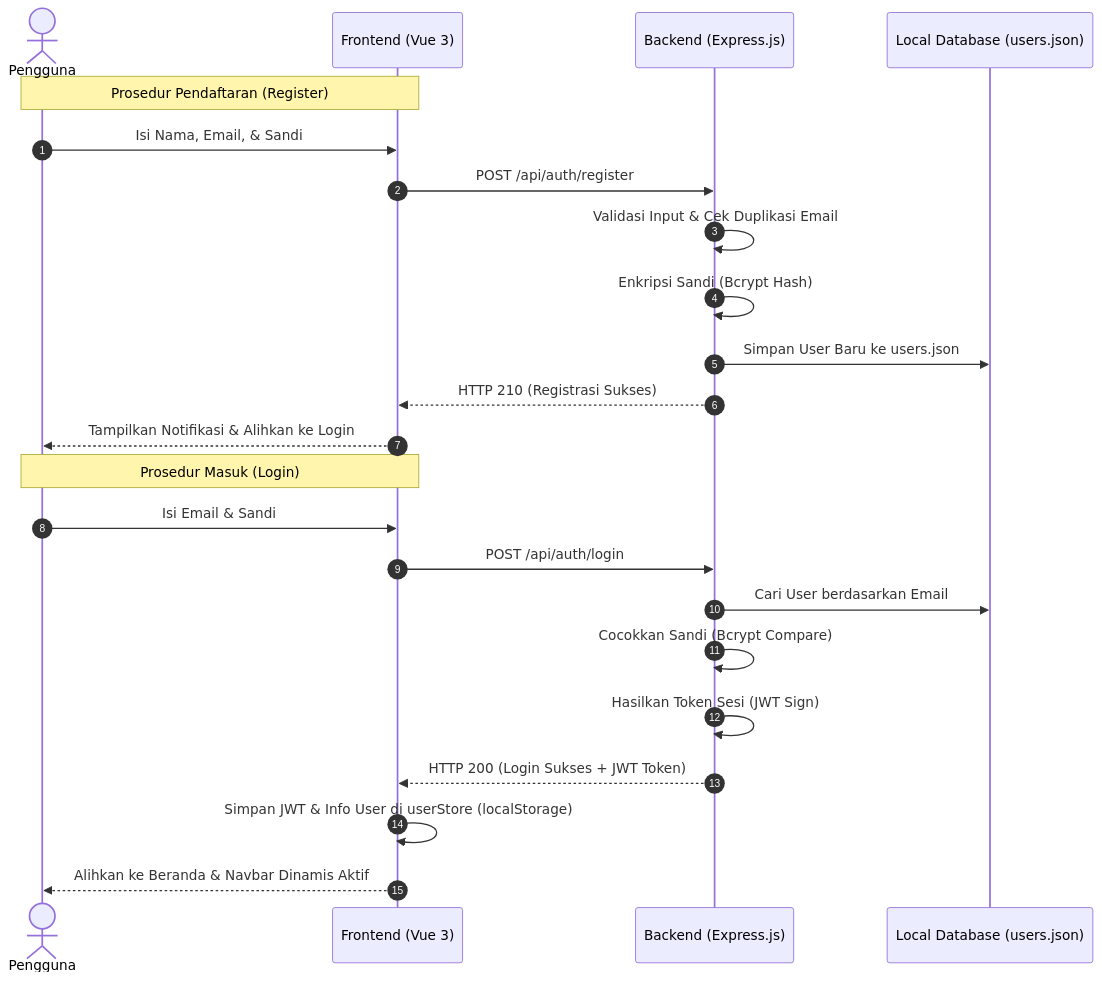
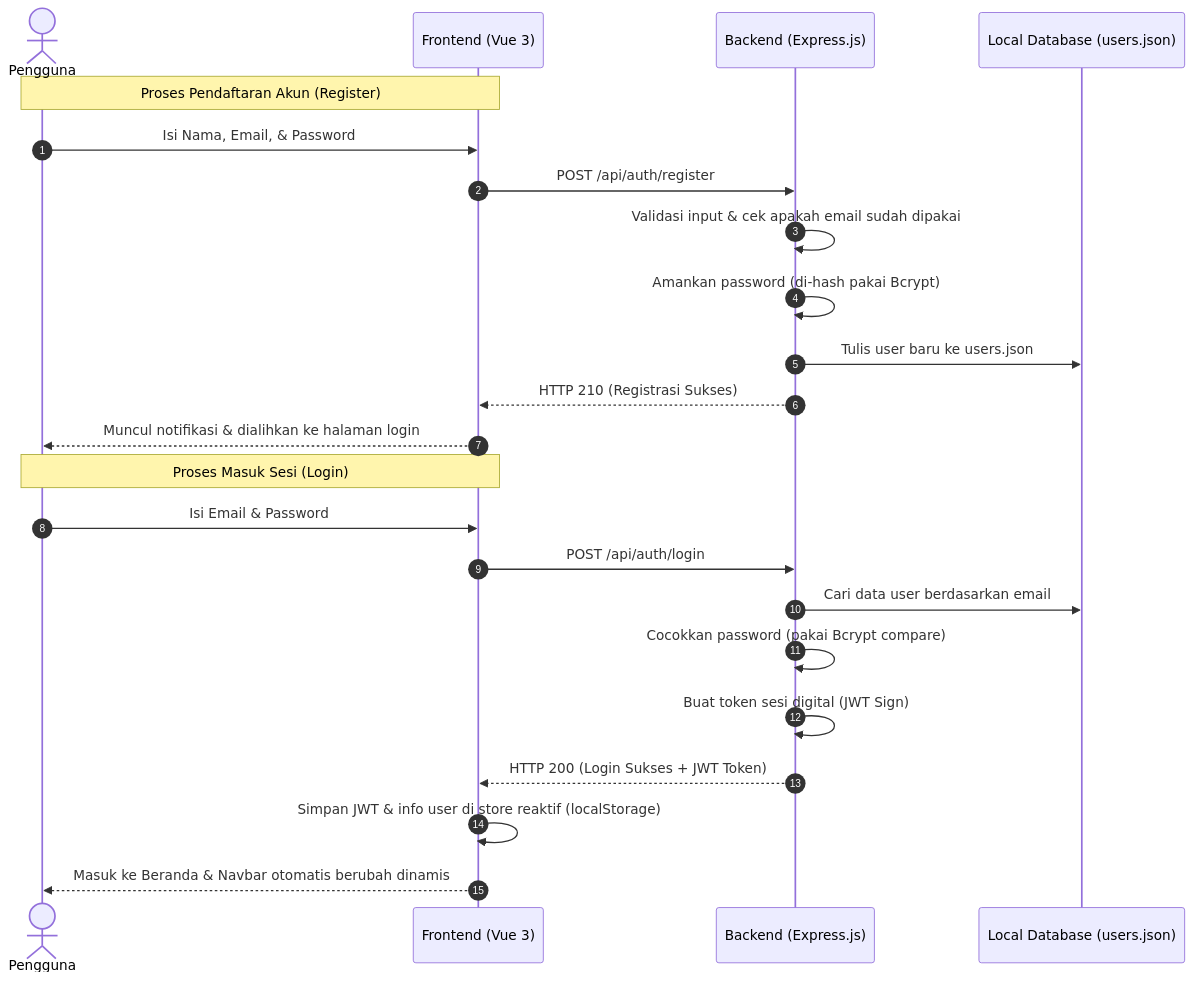
The diagram in backend/documentation_auth.md (Fath10/pabwa3_ecommercepartpc), drawn with Mermaid before and after one commit. The commit also changed other lines of this file, not shown here.

````diff
--- a/backend/documentation_auth.md
+++ b/backend/documentation_auth.md
@@ -11,27 +5,27 @@
 ```mermaid
 sequenceDiagram
     autonumber
     actor User as Pengguna
     participant FE as Frontend (Vue 3)
     participant BE as Backend (Express.js)
     participant DB as Local Database (users.json)
 
-    Note over User, FE: Prosedur Pendaftaran (Register)
-    User->>FE: Isi Nama, Email, & Sandi
+    Note over User, FE: Proses Pendaftaran Akun (Register)
+    User->>FE: Isi Nama, Email, & Password
     FE->>BE: POST /api/auth/register
-    BE->>BE: Validasi Input & Cek Duplikasi Email
-    BE->>BE: Enkripsi Sandi (Bcrypt Hash)
-    BE->>DB: Simpan User Baru ke users.json
+    BE->>BE: Validasi input & cek apakah email sudah dipakai
+    BE->>BE: Amankan password (di-hash pakai Bcrypt)
+    BE->>DB: Tulis user baru ke users.json
     BE-->>FE: HTTP 210 (Registrasi Sukses)
-    FE-->>User: Tampilkan Notifikasi & Alihkan ke Login
+    FE-->>User: Muncul notifikasi & dialihkan ke halaman login
 
-    Note over User, FE: Prosedur Masuk (Login)
-    User->>FE: Isi Email & Sandi
+    Note over User, FE: Proses Masuk Sesi (Login)
+    User->>FE: Isi Email & Password
     FE->>BE: POST /api/auth/login
-    BE->>DB: Cari User berdasarkan Email
-    BE->>BE: Cocokkan Sandi (Bcrypt Compare)
-    BE->>BE: Hasilkan Token Sesi (JWT Sign)
+    BE->>DB: Cari data user berdasarkan email
+    BE->>BE: Cocokkan password (pakai Bcrypt compare)
+    BE->>BE: Buat token sesi digital (JWT Sign)
     BE-->>FE: HTTP 200 (Login Sukses + JWT Token)
-    FE->>FE: Simpan JWT & Info User di userStore (localStorage)
-    FE-->>User: Alihkan ke Beranda & Navbar Dinamis Aktif
+    FE->>FE: Simpan JWT & info user di store reaktif (localStorage)
+    FE-->>User: Masuk ke Beranda & Navbar otomatis berubah dinamis
 ```
````
